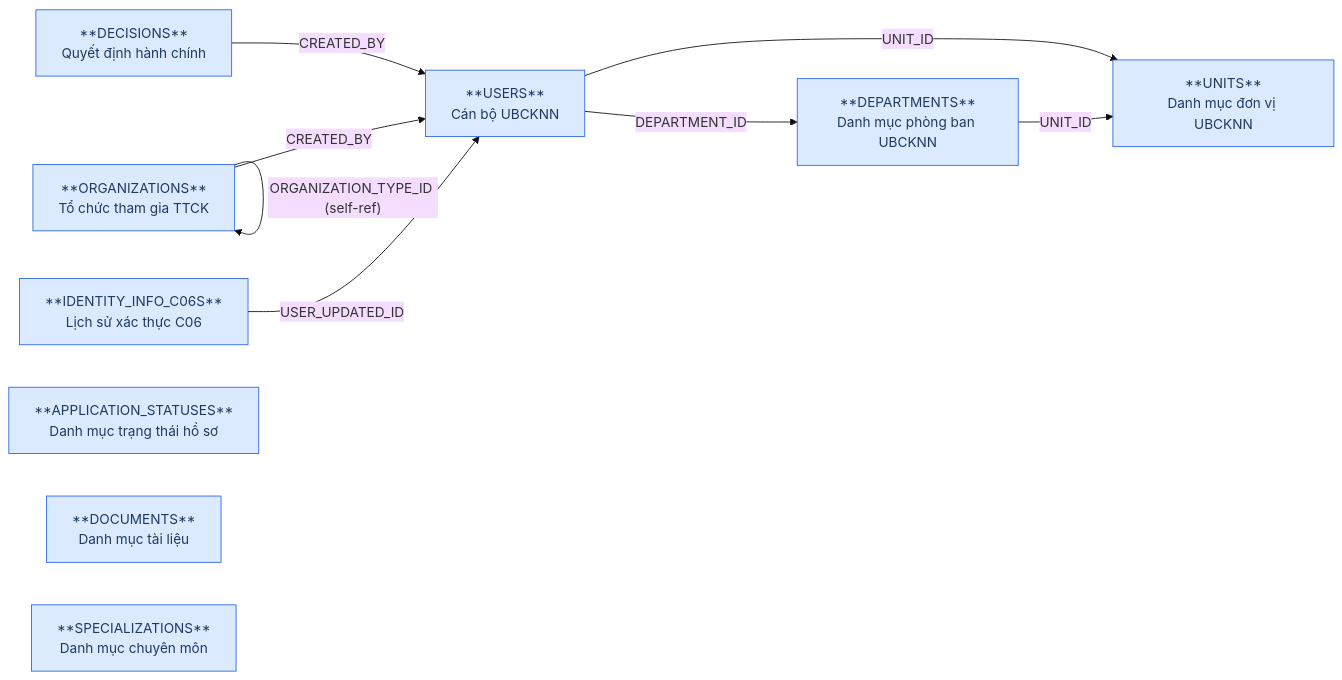
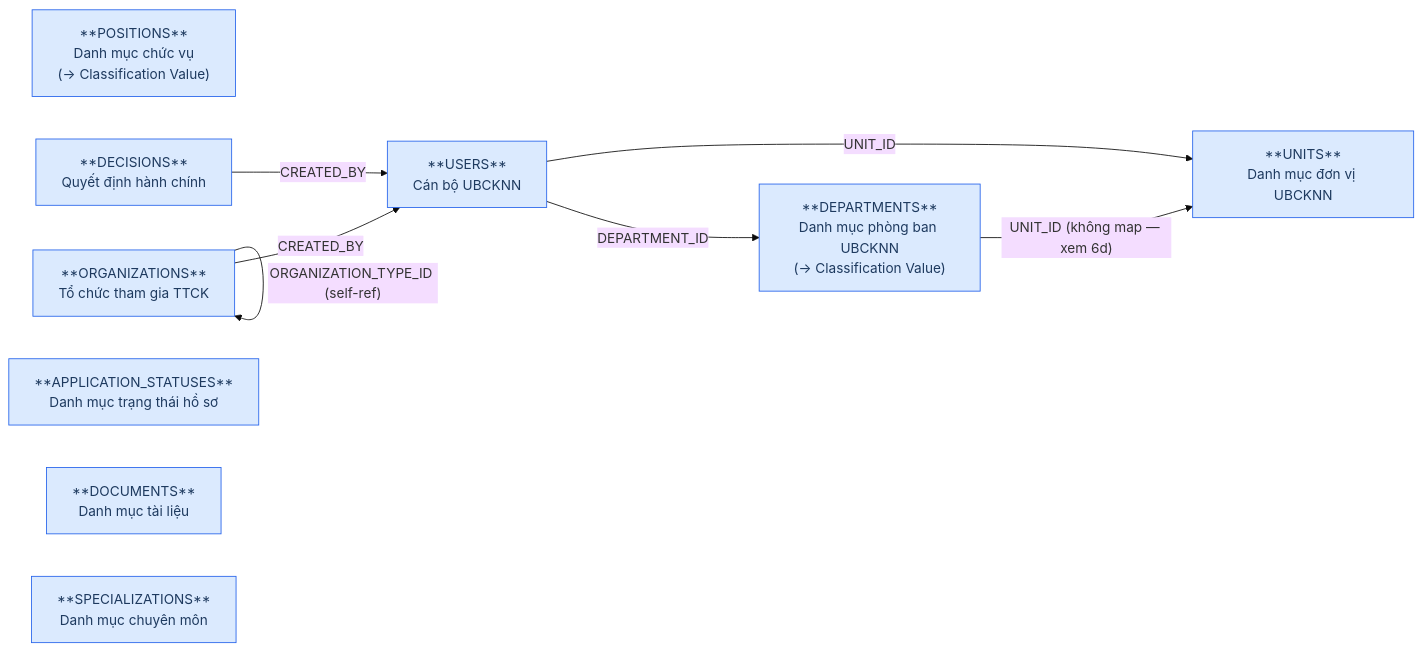
One commit to linhlvit/ubck_atomic_design changed the first of 2 diagrams in DataModel/working/Atomic/hld/NHNCK_HLD_Tier1.md. Above: the diagram before and after it, drawn with Mermaid (base theme). The commit also changed other lines of this file and 102 other files, not shown here.

````diff
--- a/DataModel/working/Atomic/hld/NHNCK_HLD_Tier1.md
+++ b/DataModel/working/Atomic/hld/NHNCK_HLD_Tier1.md
@@ -30,22 +28,21 @@
 ```mermaid
 graph LR
     classDef src fill:#dbeafe,stroke:#2563eb,color:#1e3a5f
 
     UNITS["**UNITS**\nDanh mục đơn vị UBCKNN"]:::src
-    DEPARTMENTS["**DEPARTMENTS**\nDanh mục phòng ban UBCKNN"]:::src
+    DEPARTMENTS["**DEPARTMENTS**\nDanh mục phòng ban UBCKNN\n(→ Classification Value)"]:::src
+    POSITIONS["**POSITIONS**\nDanh mục chức vụ\n(→ Classification Value)"]:::src
     ORGANIZATIONS["**ORGANIZATIONS**\nTổ chức tham gia TTCK"]:::src
-    IDENTITY_INFO_C06S["**IDENTITY_INFO_C06S**\nLịch sử xác thực C06"]:::src
     DECISIONS["**DECISIONS**\nQuyết định hành chính"]:::src
     USERS["**USERS**\nCán bộ UBCKNN"]:::src
     APPLICATION_STATUSES["**APPLICATION_STATUSES**\nDanh mục trạng thái hồ sơ"]:::src
     DOCUMENTS["**DOCUMENTS**\nDanh mục tài liệu"]:::src
     SPECIALIZATIONS["**SPECIALIZATIONS**\nDanh mục chuyên môn"]:::src
-    DEPARTMENTS -->|"UNIT_ID"| UNITS
+    DEPARTMENTS -->|"UNIT_ID (không map — xem 6d)"| UNITS
     USERS -->|"UNIT_ID"| UNITS
     USERS -->|"DEPARTMENT_ID"| DEPARTMENTS
     DECISIONS -->|"CREATED_BY"| USERS
     ORGANIZATIONS -->|"CREATED_BY"| USERS
     ORGANIZATIONS -->|"PARENT_ID (self-ref)"| ORGANIZATIONS
     ORGANIZATIONS -->|"ORGANIZATION_TYPE_ID (self-ref)"| ORGANIZATIONS
-    IDENTITY_INFO_C06S -->|"USER_UPDATED_ID"| USERS
 ```
````
